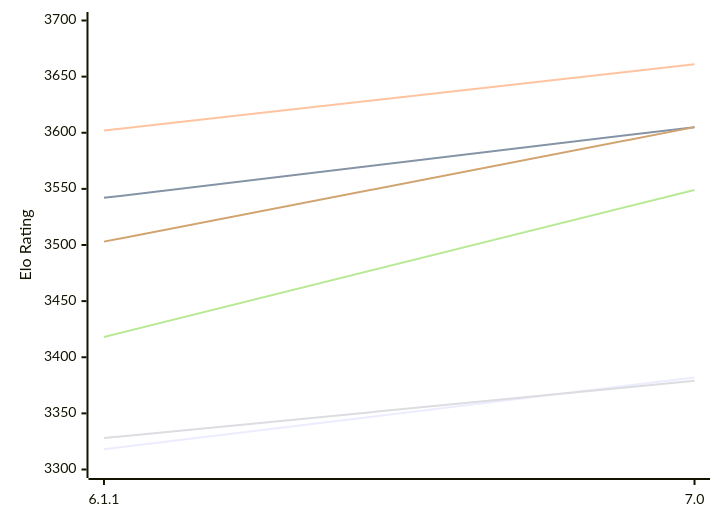
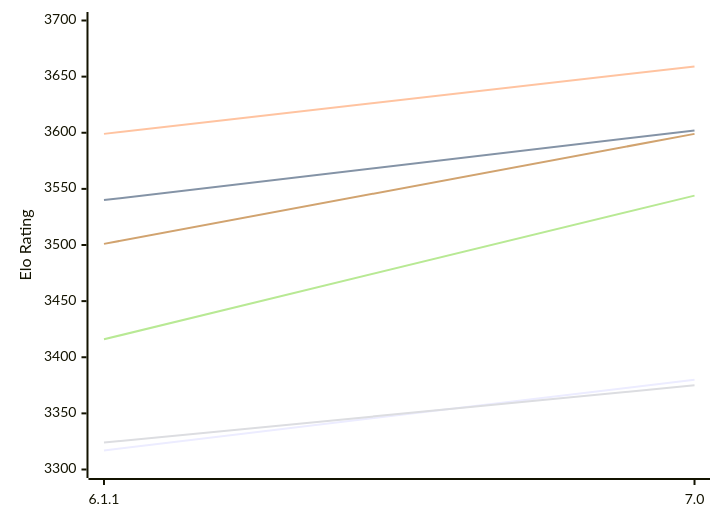
Before and after one commit to computer-chess-index/cci: the first of 2 diagrams in engines/Astra.md, drawn with Mermaid. The commit also changed other lines of this file, not shown here.

Commit message:
Update CCI Ratings (ELO VLTC) - 2026-11-19

````diff
--- a/engines/Astra.md
+++ b/engines/Astra.md
@@ -50,12 +50,12 @@
 ```mermaid
 %%{init: {"theme":"base","themeVariables":{"seriesColors:['#a3a3a3','#222221','#faa371']}}}%%
 xychart-beta
   x-axis ["6.1.1", "7.0"]
   y-axis "Elo Rating" 3300 --> 3700
-  line "E1: STC (8.0+0.08s)" [3318, 3382]
-  line "E1: LTC (60.0+0.60s)" [3542, 3605]
-  line "E1: VLTC (2m24s+1.12s)" [3602, 3661]
-  line "P1: STC (8.0+0.08s)" [3328, 3379]
-  line "P1: LTC (60.0+0.60s)" [3418, 3549]
-  line "P1: VLTC (2m24s+1.12s)" [3503, 3605]
+  line "E1: STC (8.0+0.08s)" [3317, 3380]
+  line "E1: LTC (60.0+0.60s)" [3540, 3602]
+  line "E1: VLTC (2m24s+1.12s)" [3599, 3659]
+  line "P1: STC (8.0+0.08s)" [3324, 3375]
+  line "P1: LTC (60.0+0.60s)" [3416, 3544]
+  line "P1: VLTC (2m24s+1.12s)" [3501, 3599]
 ```
````
